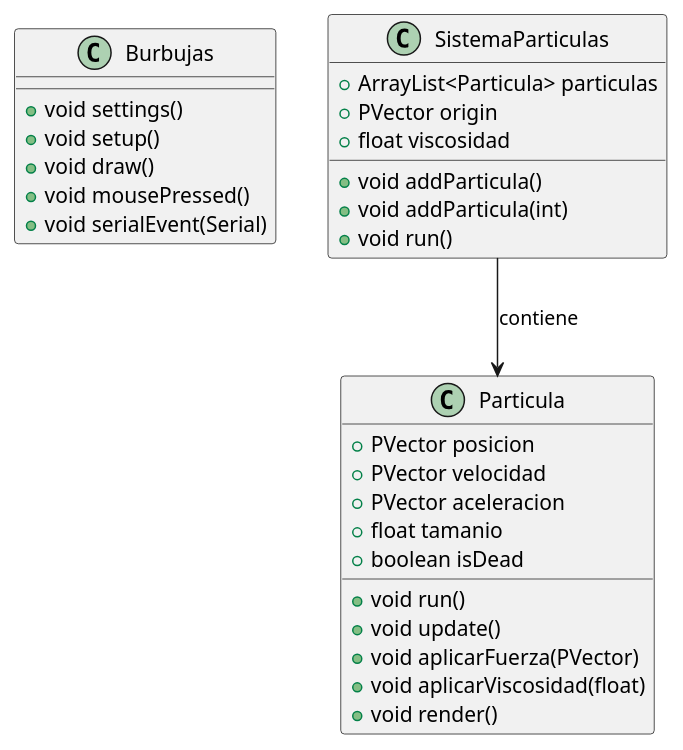
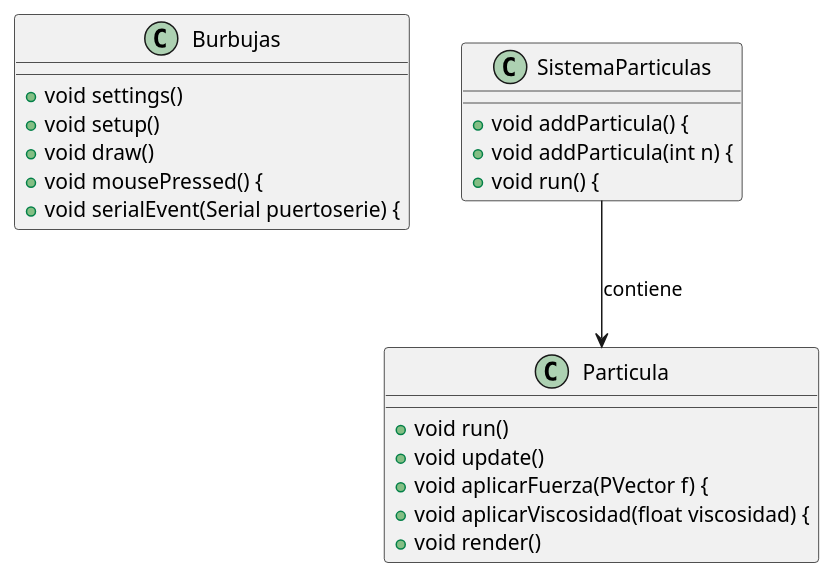
The diagram in doc/classes_diagram.puml (uma-dte-docencia/burbujas), drawn with PlantUML before and after one commit. The commit also changed 3 other files, not shown here.

Commit message:
actualizar diagrama de clases automaticamente

```diff
--- a/doc/classes_diagram.puml
+++ b/doc/classes_diagram.puml
@@ -1,38 +1,29 @@
-@startuml clases_processing
+@startuml classes_processing
 
 ' Declaración de las clases en Processing
 class Burbujas {
     +void settings()
     +void setup()
     +void draw()
-    +void mousePressed()
-    +void serialEvent(Serial)
+    +void mousePressed() {
+    +void serialEvent(Serial puertoserie) {
 }
 
 class Particula {
-    +PVector posicion
-    +PVector velocidad
-    +PVector aceleracion
-    +float tamanio
-    +boolean isDead
     +void run()
     +void update()
-    +void aplicarFuerza(PVector)
-    +void aplicarViscosidad(float)
+    +void aplicarFuerza(PVector f) {
+    +void aplicarViscosidad(float viscosidad) {
     +void render()
 }
 
 class SistemaParticulas {
-    +ArrayList<Particula> particulas
-    +PVector origin
-    +float viscosidad
-    +void addParticula()
-    +void addParticula(int)
-    +void run()
+    +void addParticula() {
+    +void addParticula(int n) {
+    +void run() {
 }
 
 ' Relaciones entre las clases
-' Burbujas --> SistemaParticulas : usa
 SistemaParticulas --> Particula : contiene
 
 @enduml
```
